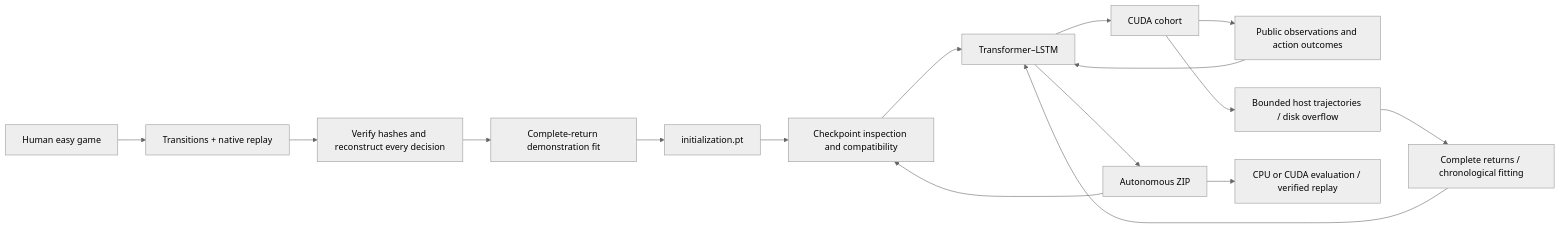
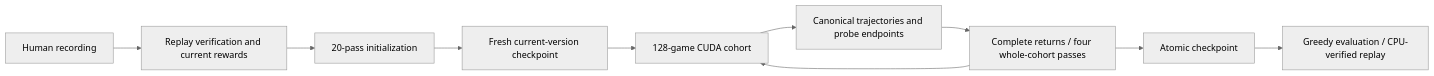
One commit to Comb1e/RL-Pvz changed the first of 3 diagrams in docs/architecture.md. Above: the diagram before and after it, drawn with Mermaid (neutral theme). The commit also changed other lines of this file and 74 other files, not shown here.

````diff
--- a/docs/architecture.md
+++ b/docs/architecture.md
@@ -9,18 +28,12 @@
 ```mermaid
 flowchart LR
-    Human[Human easy game] --> Archive[Transitions + native replay]
-    Archive --> Verify[Verify hashes and reconstruct every decision]
-    Verify --> Init[Complete-return demonstration fit]
-    Init --> Weights[initialization.pt]
-    Weights --> Inspect[Checkpoint inspection and compatibility]
-    Saved[Autonomous ZIP] --> Inspect
-    Inspect --> Policy[Transformer–LSTM]
-    Policy --> Simulator[CUDA cohort]
-    Simulator --> Public[Public observations and action outcomes]
-    Public --> Policy
-    Simulator --> Store[Bounded host trajectories / disk overflow]
-    Store --> Fit[Complete returns / chronological fitting]
-    Fit --> Policy
-    Policy --> Saved
-    Saved --> Evaluate[CPU or CUDA evaluation / verified replay]
+    Human[Human recording] --> Verify[Replay verification and current rewards]
+    Verify --> Demo[20-pass initialization]
+    Demo --> Weights[Fresh current-version checkpoint]
+    Weights --> Collect[128-game CUDA cohort]
+    Collect --> Records[Canonical trajectories and probe endpoints]
+    Records --> Fit[Complete returns / four whole-cohort passes]
+    Fit --> Collect
+    Fit --> Save[Atomic checkpoint]
+    Save --> Evaluate[Greedy evaluation / CPU-verified replay]
 ```
````
